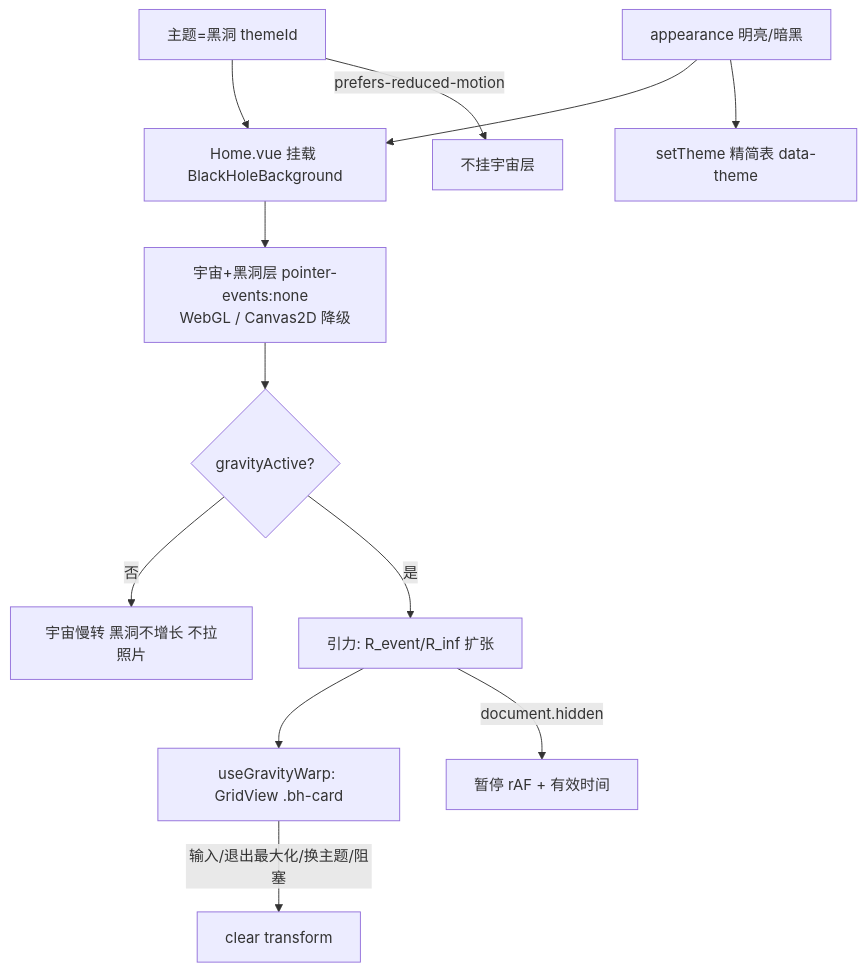
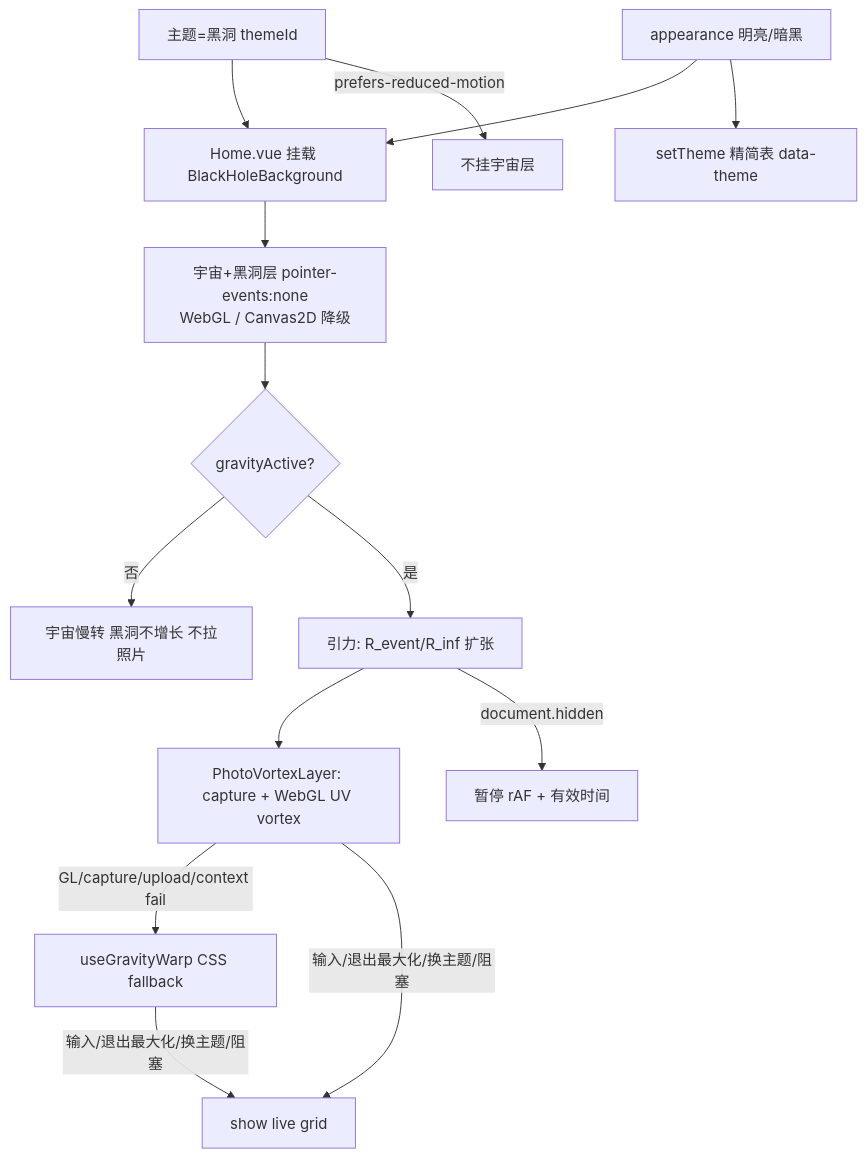
The diagram in docs/guide/black-hole-idle-theme-design.md (big2cater/picaipic), drawn with Mermaid before and after one commit. The commit also changed other lines of this file and 95 other files, not shown here.

````diff
--- a/docs/guide/black-hole-idle-theme-design.md
+++ b/docs/guide/black-hole-idle-theme-design.md
@@ -74,14 +75,16 @@
 ```mermaid
 graph TD
     T[主题=黑洞 themeId] --> H[Home.vue 挂载 BlackHoleBackground]
     A[appearance 明亮/暗黑] --> H
     A --> ST[setTheme 精简表 data-theme]
     H --> B[宇宙+黑洞层 pointer-events:none<br/>WebGL / Canvas2D 降级]
     B --> G{gravityActive?}
     G -->|否| BG[宇宙慢转 黑洞不增长 不拉照片]
     G -->|是| ACT[引力: R_event/R_inf 扩张]
-    ACT --> W[useGravityWarp: GridView .bh-card]
-    W -->|输入/退出最大化/换主题/阻塞| R[clear transform]
+    ACT --> V[PhotoVortexLayer: capture + WebGL UV vortex]
+    V -->|GL/capture/upload/context fail| W[useGravityWarp CSS fallback]
+    V -->|输入/退出最大化/换主题/阻塞| R[show live grid]
+    W -->|输入/退出最大化/换主题/阻塞| R
     ACT -->|document.hidden| P[暂停 rAF + 有效时间]
     T -->|prefers-reduced-motion| X[不挂宇宙层]
 ```
````
